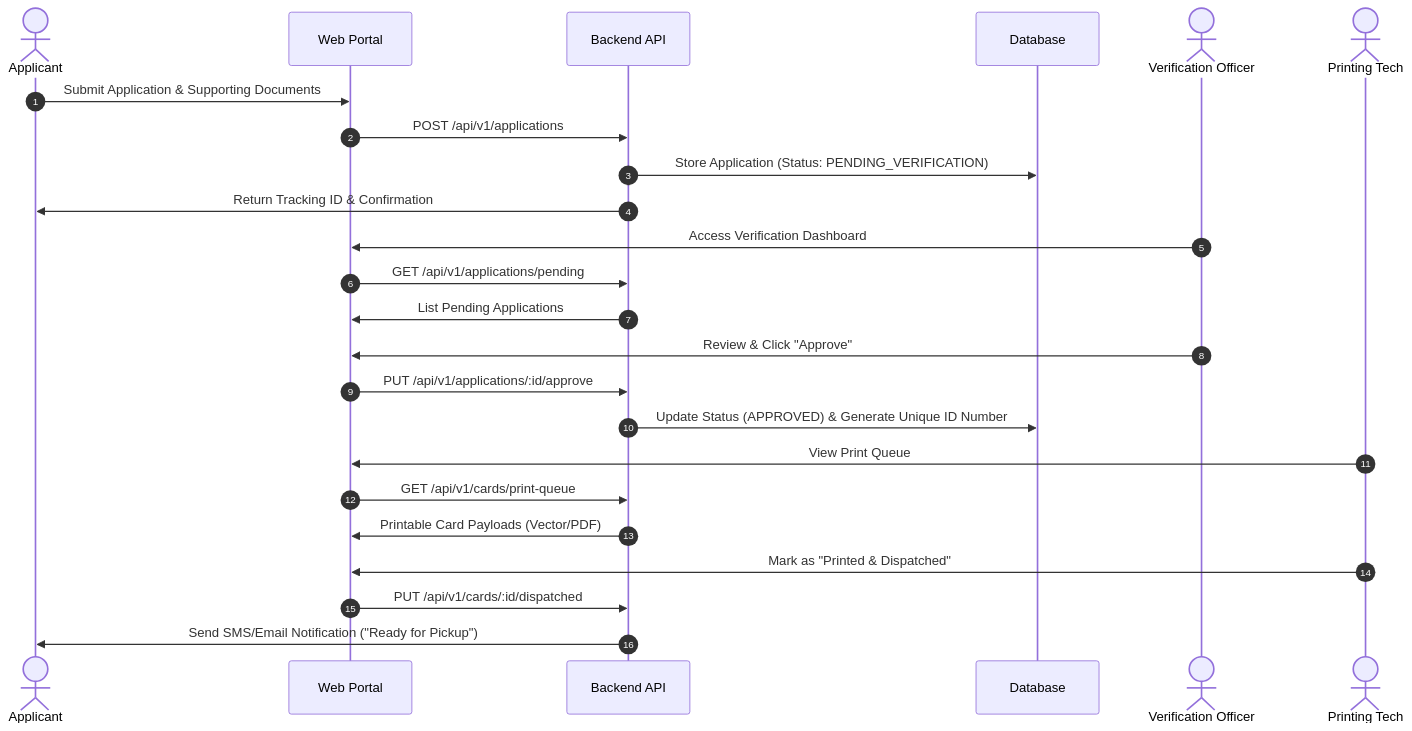
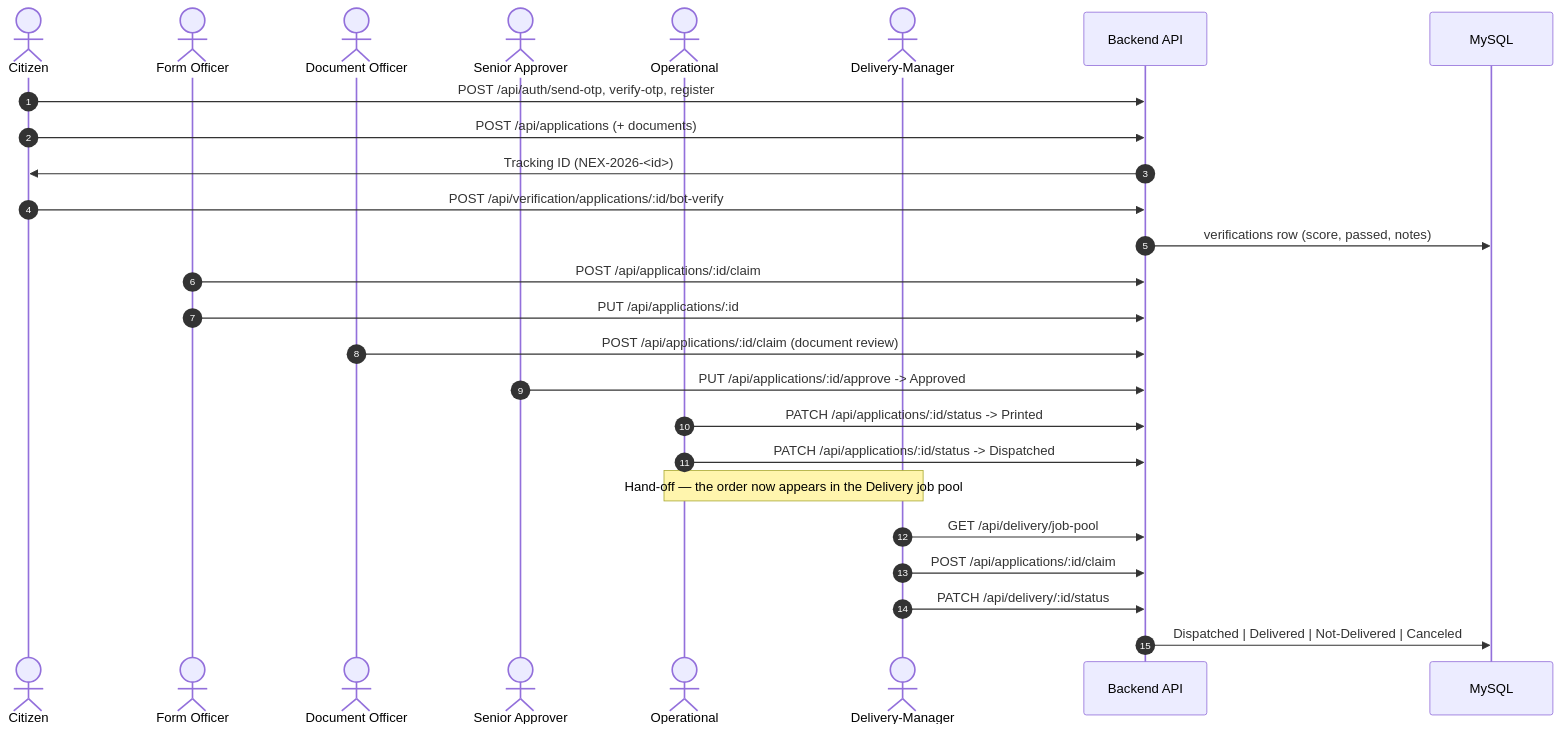
One commit to IT25102993/SE_PROJECT-IDENTITY_CARD_ISSUING_PROJECT changed the diagram in README.md. Above: the diagram before and after it, drawn with Mermaid. The commit also changed other lines of this file, not shown here.

````diff
--- a/README.md
+++ b/README.md
@@ -154,29 +151,34 @@
 ```mermaid
 sequenceDiagram
     autonumber
-    actor Applicant
-    participant Portal as Web Portal
+    actor Citizen
+    actor FO as Form Officer
+    actor DO as Document Officer
+    actor AP as Senior Approver
+    actor OP as Operational
+    actor DM as Delivery-Manager
     participant API as Backend API
-    participant DB as Database
-    actor Officer as Verification Officer
-    actor Printer as Printing Tech
+    participant DB as MySQL
 
-    Applicant   ->> Portal      :   Submit Application & Supporting Documents
-    Portal      ->> API         :   POST /api/v1/applications
-    API         ->> DB          :   Store Application (Status: PENDING_VERIFICATION)
-    API         ->> Applicant   :   Return Tracking ID & Confirmation
+    Citizen  ->> API   : POST /api/auth/send-otp, verify-otp, register
+    Citizen  ->> API   : POST /api/applications (+ documents)
+    API     ->> Citizen: Tracking ID (NEX-2026-<id>)
 
-    Officer     ->> Portal      :   Access Verification Dashboard
-    Portal      ->> API         :   GET /api/v1/applications/pending
-    API         ->> Portal      :   List Pending Applications
-    Officer     ->> Portal      :   Review & Click "Approve"
-    Portal      ->> API         :   PUT /api/v1/applications/:id/approve
-    API         ->> DB          :   Update Status (APPROVED) & Generate Unique ID Number
-       
-    Printer     ->> Portal      :   View Print Queue
-    Portal      ->> API         :   GET /api/v1/cards/print-queue
-    API         ->> Portal      :   Printable Card Payloads (Vector/PDF)
-    Printer     ->> Portal      :   Mark as "Printed & Dispatched"
-    Portal      ->> API         :   PUT /api/v1/cards/:id/dispatched
-    API         ->> Applicant   :   Send SMS/Email Notification ("Ready for Pickup")
+    Citizen  ->> API   : POST /api/verification/applications/:id/bot-verify
+    API     ->> DB     : verifications row (score, passed, notes)
+
+    FO      ->> API    : POST /api/applications/:id/claim
+    FO      ->> API    : PUT  /api/applications/:id
+    DO      ->> API    : POST /api/applications/:id/claim  (document review)
+    AP      ->> API    : PUT  /api/applications/:id/approve   -> Approved
+
+    OP      ->> API    : PATCH /api/applications/:id/status   -> Printed
+    OP      ->> API    : PATCH /api/applications/:id/status   -> Dispatched
+
+    Note over OP,DM: Hand-off — the order now appears in the Delivery job pool
+
+    DM      ->> API    : GET  /api/delivery/job-pool
+    DM      ->> API    : POST /api/applications/:id/claim
+    DM      ->> API    : PATCH /api/delivery/:id/status
+    API     ->> DB     : Dispatched | Delivered | Not-Delivered | Canceled
 ```
````
